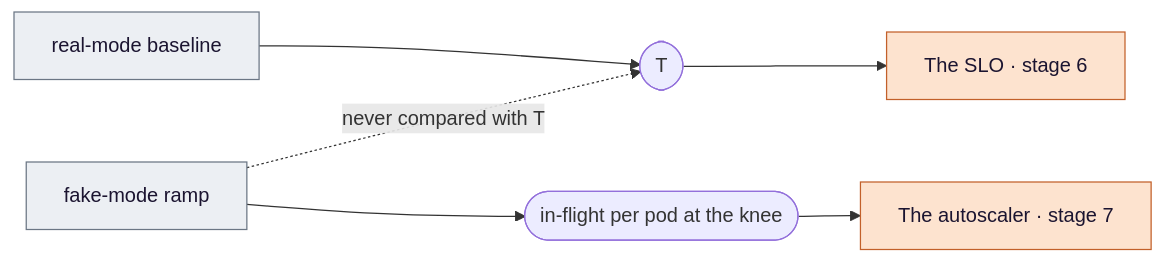
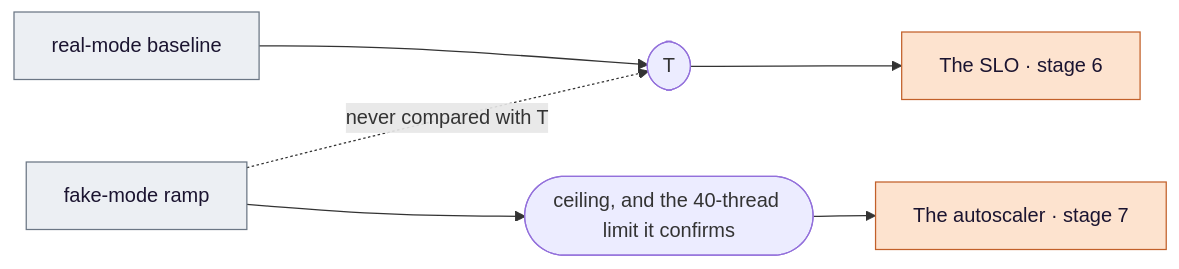
The third of 3 diagrams in docs/4-load/README.md (biabeogo147/Anime-Recommender), drawn with Mermaid before and after one commit. The commit also changed other lines of this file and 14 other files, not shown here.

````diff
--- a/docs/4-load/README.md
+++ b/docs/4-load/README.md
@@ -127,11 +130,11 @@
 ```mermaid
 flowchart LR
     GEM["real-mode baseline"] --> T(["T"]) --> SLO["The SLO · stage 6"]
-    FAKE["fake-mode ramp"] --> KNEE(["in-flight per pod at the knee"]) --> KEDA["The autoscaler · stage 7"]
+    FAKE["fake-mode ramp"] --> KNEE(["ceiling, and the 40-thread limit it confirms"]) --> KEDA["The autoscaler · stage 7"]
     FAKE -.->|"never compared with T"| T
 
     classDef argo fill:#fde3cf,stroke:#c2602a,color:#1b1430;
     classDef ext fill:#eceff3,stroke:#6b7684,color:#1b1430;
     class SLO,KEDA argo
     class GEM,FAKE ext
 ```
````
